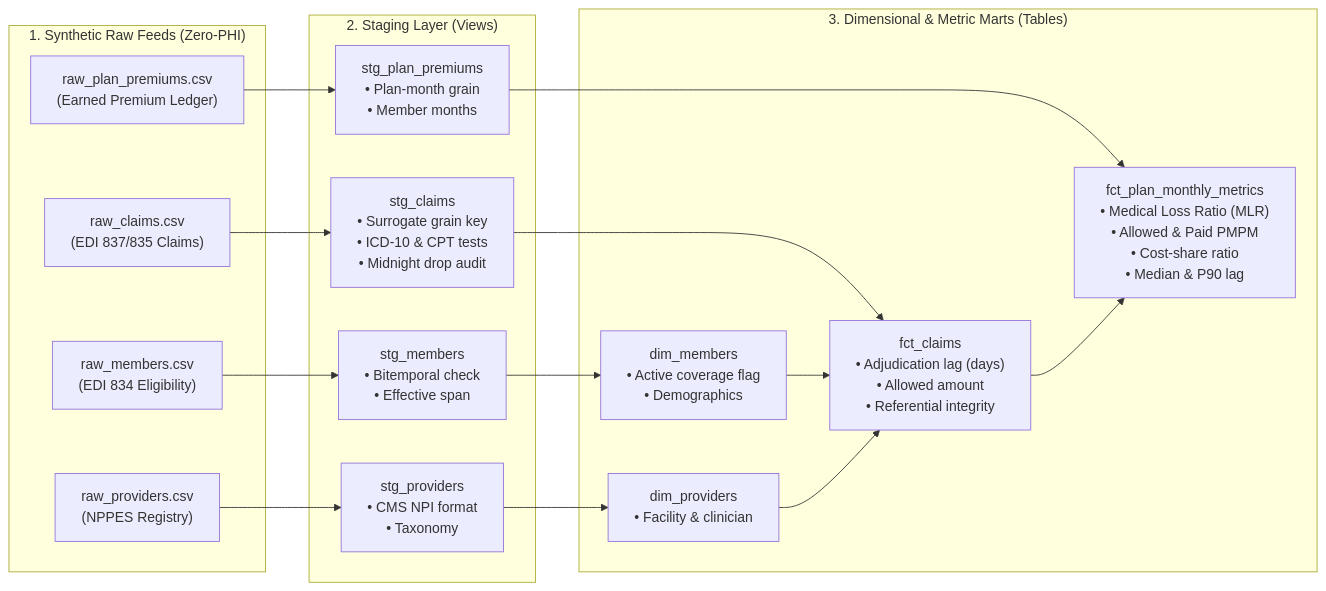
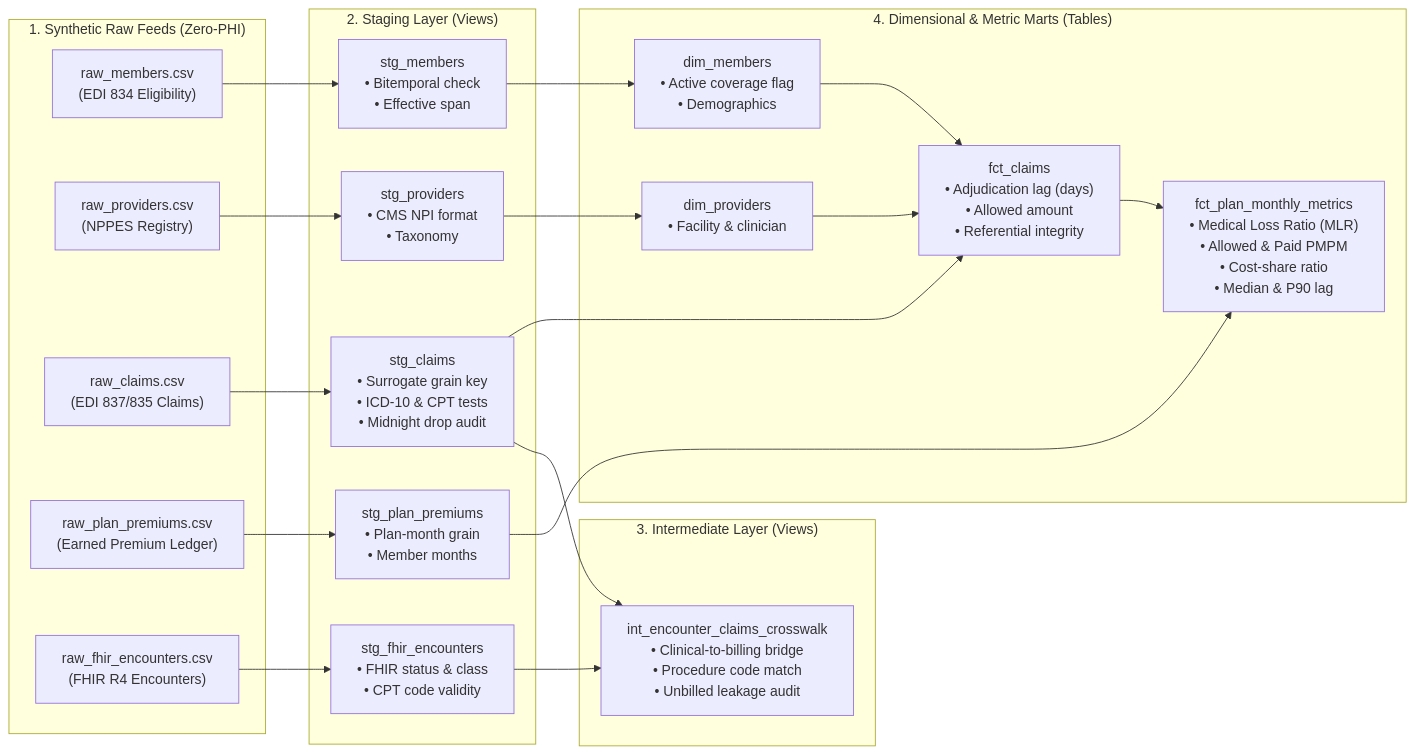
Before and after one commit to apratsunrthd/refhealth-starter-dbt-project: the diagram in README.md, drawn with Mermaid. The commit also changed other lines of this file and 10 other files, not shown here.

Commit message:
feat: add synthetic FHIR encounter-to-claims transformation bridge (v1.2.0) (#2)

````diff
--- a/README.md
+++ b/README.md
@@ -60,31 +60,39 @@
 ```mermaid
 flowchart LR
     subgraph Seeds["1. Synthetic Raw Feeds (Zero-PHI)"]
         S1["raw_members.csv<br/>(EDI 834 Eligibility)"]
         S2["raw_providers.csv<br/>(NPPES Registry)"]
         S3["raw_claims.csv<br/>(EDI 837/835 Claims)"]
         S4["raw_plan_premiums.csv<br/>(Earned Premium Ledger)"]
+        S5["raw_fhir_encounters.csv<br/>(FHIR R4 Encounters)"]
     end
 
     subgraph Staging["2. Staging Layer (Views)"]
         STG1["stg_members<br/>• Bitemporal check<br/>• Effective span"]
         STG2["stg_providers<br/>• CMS NPI format<br/>• Taxonomy"]
         STG3["stg_claims<br/>• Surrogate grain key<br/>• ICD-10 & CPT tests<br/>• Midnight drop audit"]
         STG4["stg_plan_premiums<br/>• Plan-month grain<br/>• Member months"]
+        STG5["stg_fhir_encounters<br/>• FHIR status & class<br/>• CPT code validity"]
     end
 
-    subgraph Marts["3. Dimensional & Metric Marts (Tables)"]
+    subgraph Intermediate["3. Intermediate Layer (Views)"]
+        INT1["int_encounter_claims_crosswalk<br/>• Clinical-to-billing bridge<br/>• Procedure code match<br/>• Unbilled leakage audit"]
+    end
+
+    subgraph Marts["4. Dimensional & Metric Marts (Tables)"]
         D1["dim_members<br/>• Active coverage flag<br/>• Demographics"]
         D2["dim_providers<br/>• Facility & clinician"]
         F1["fct_claims<br/>• Adjudication lag (days)<br/>• Allowed amount<br/>• Referential integrity"]
         F2["fct_plan_monthly_metrics<br/>• Medical Loss Ratio (MLR)<br/>• Allowed & Paid PMPM<br/>• Cost-share ratio<br/>• Median & P90 lag"]
     end
 
     S1 --> STG1 --> D1
     S2 --> STG2 --> D2
     S3 --> STG3 --> F1
     S4 --> STG4 --> F2
+    S5 --> STG5 --> INT1
+    STG3 --> INT1
     D1 --> F1
     D2 --> F1
     F1 --> F2
 ```
````
